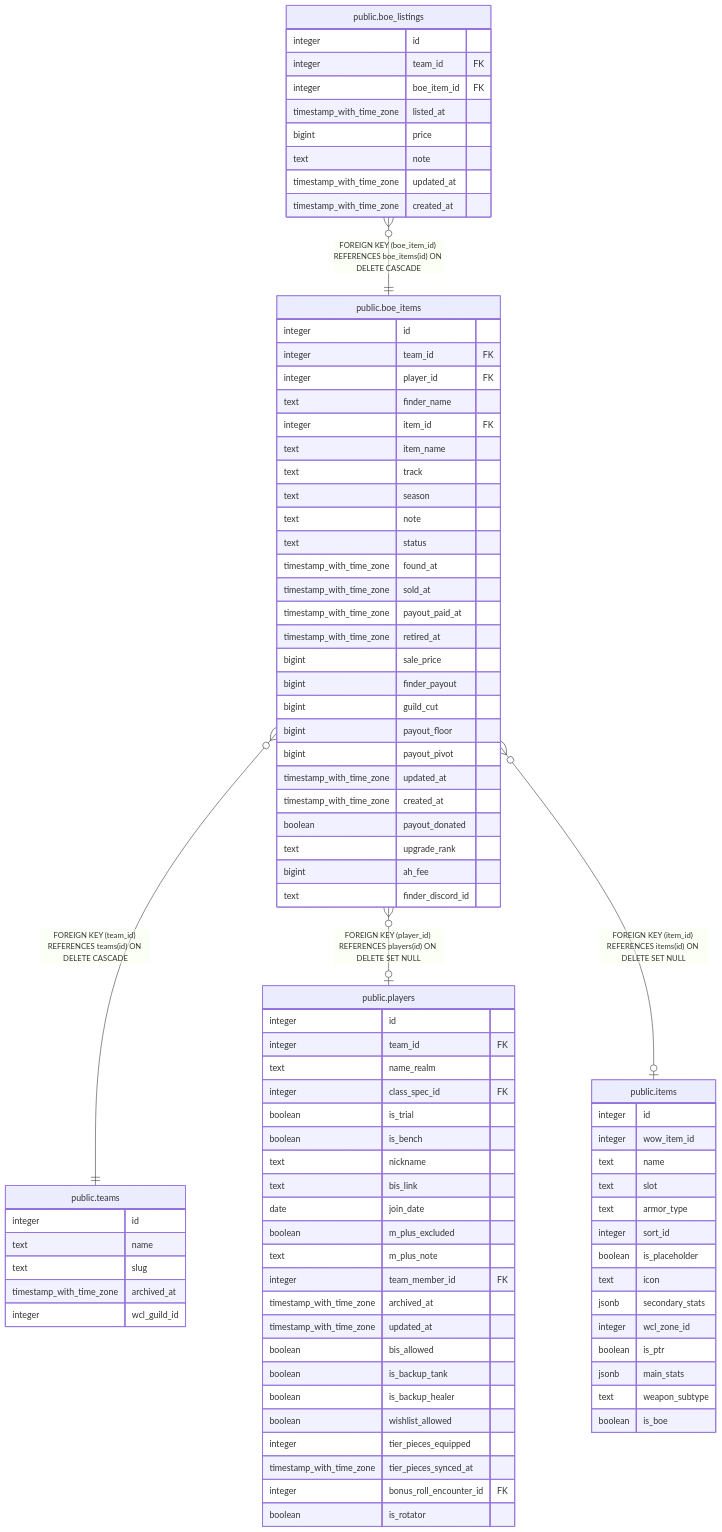
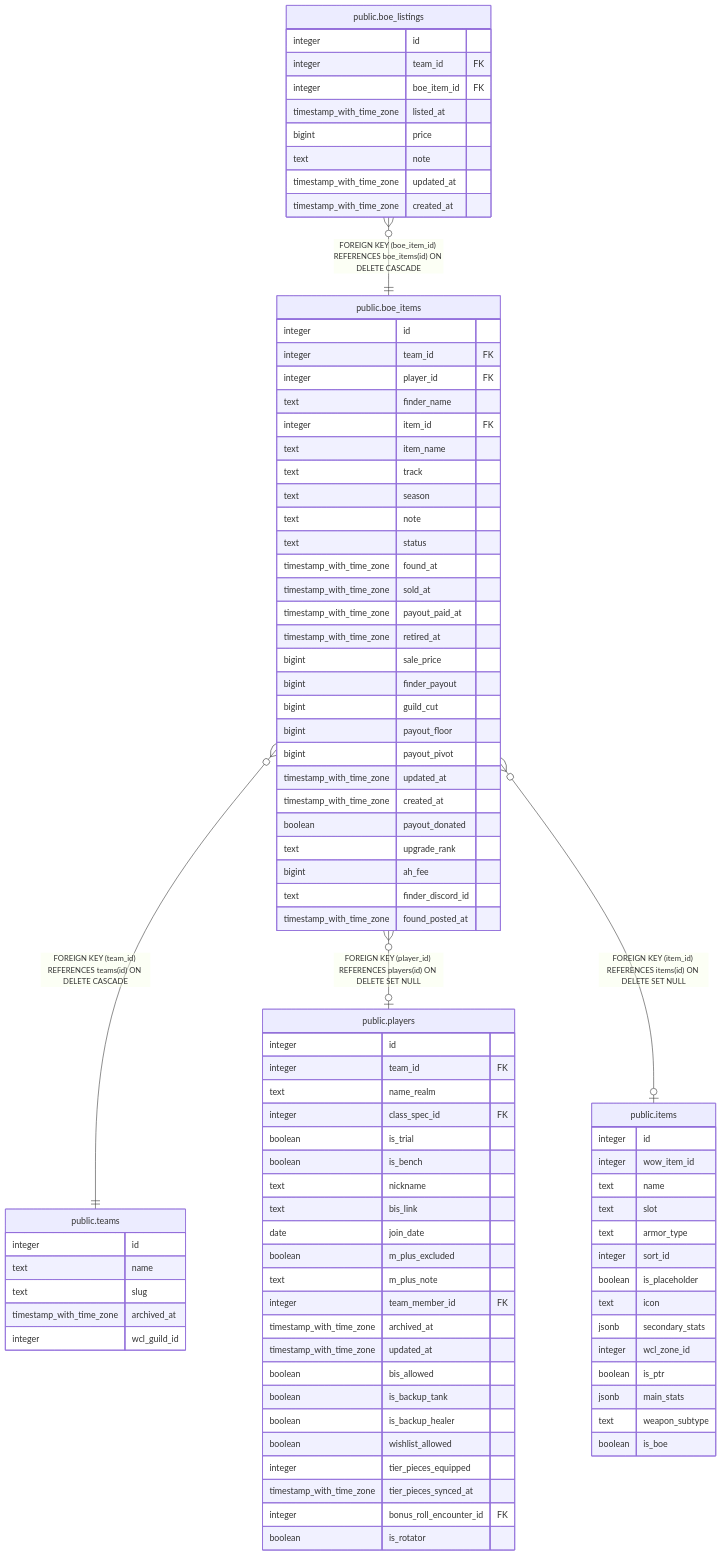
One commit to katogaming88/WGA-Raid-Hub changed the diagram in dbdoc/public.boe_items.md. Above: the diagram before and after it, drawn with Mermaid. The commit also changed other lines of this file and 16 other files, not shown here.

```diff
--- a/dbdoc/public.boe_items.md
+++ b/dbdoc/public.boe_items.md
@@ -105,6 +106,7 @@
   text upgrade_rank
   bigint ah_fee
   text finder_discord_id
+  timestamp_with_time_zone found_posted_at
 }
 "public.boe_listings" {
   integer id
```
